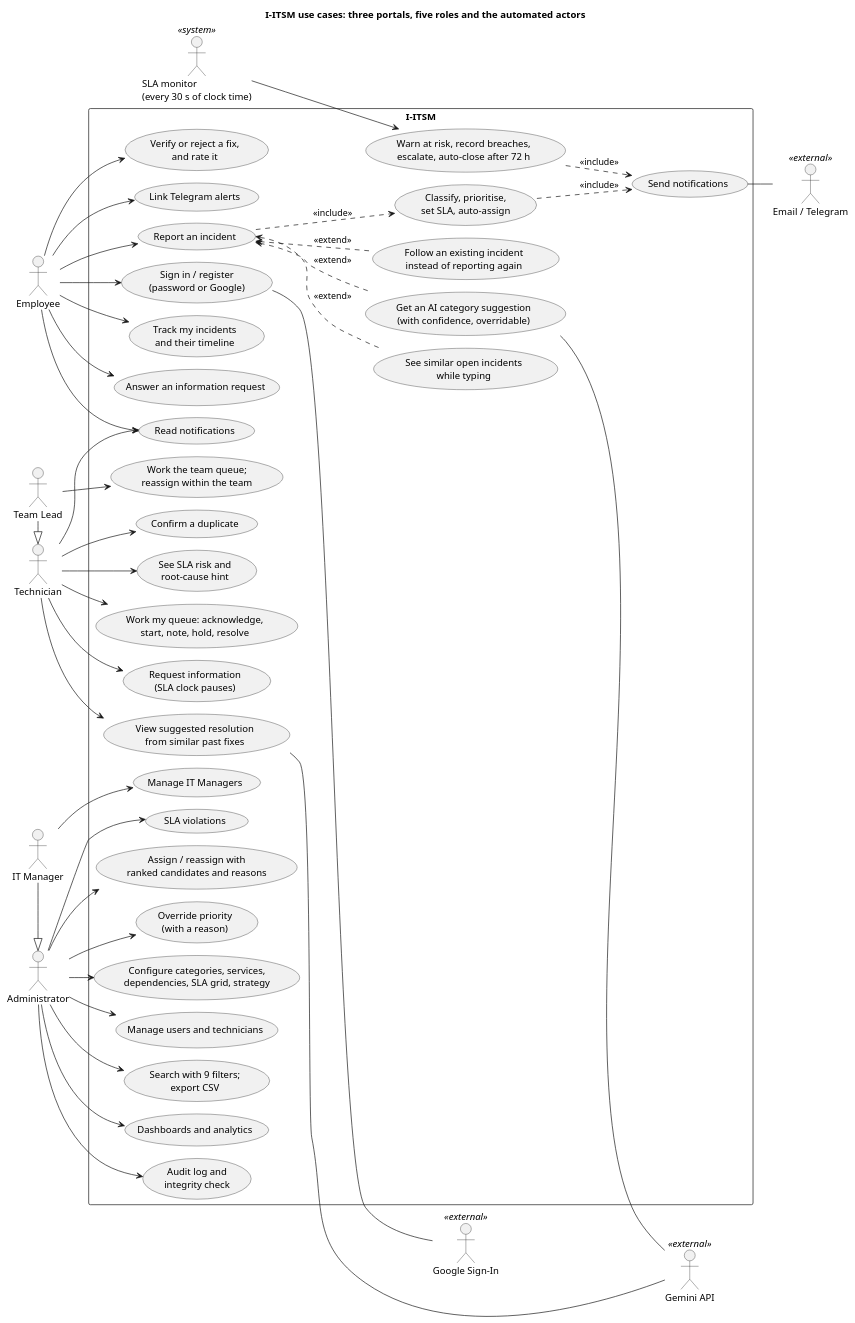
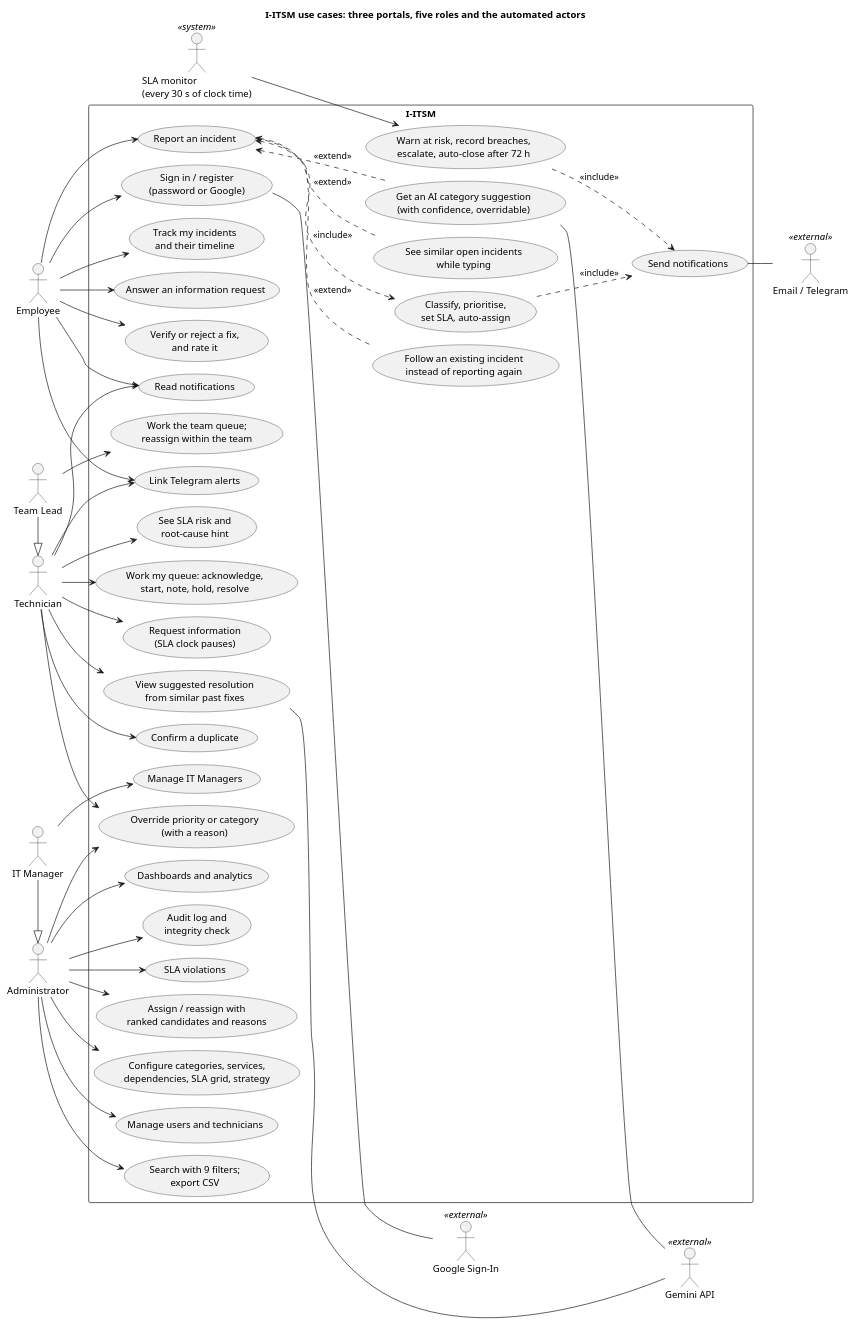
Before and after one commit to Siddhant944/i-itsm: the diagram in docs/diagrams/usecase.puml, drawn with PlantUML. The commit also changed 33 other files, not shown here.

```diff
--- a/docs/diagrams/usecase.puml
+++ b/docs/diagrams/usecase.puml
@@ -1,93 +1,95 @@
 @startuml usecase
 !pragma layout smetana
 skinparam shadowing false
 skinparam defaultFontName Helvetica
 skinparam packageStyle rectangle
 left to right direction
 title I-ITSM use cases: three portals, five roles and the automated actors
 
 actor Employee as EMP
 actor Technician as TECH
 actor "Team Lead" as LEAD
 actor Administrator as ADM
 actor "IT Manager" as MGR
 actor "SLA monitor\n(every 30 s of clock time)" as MON <<system>>
 actor "Gemini API" as GEM <<external>>
 actor "Email / Telegram" as MSG <<external>>
 actor "Google Sign-In" as GOO <<external>>
 
 LEAD -|> TECH
 MGR -|> ADM
 
 rectangle "I-ITSM" {
   usecase "Sign in / register\n(password or Google)" as UC_AUTH
   usecase "Report an incident" as UC_REPORT
   usecase "See similar open incidents\nwhile typing" as UC_SIMILAR
   usecase "Get an AI category suggestion\n(with confidence, overridable)" as UC_CLASSIFY
   usecase "Follow an existing incident\ninstead of reporting again" as UC_FOLLOW
   usecase "Track my incidents\nand their timeline" as UC_TRACK
   usecase "Answer an information request" as UC_INFO
   usecase "Verify or reject a fix,\nand rate it" as UC_VERIFY
   usecase "Read notifications" as UC_NOTIFY
   usecase "Link Telegram alerts" as UC_TG
 
   usecase "Work my queue: acknowledge,\nstart, note, hold, resolve" as UC_WORK
   usecase "Request information\n(SLA clock pauses)" as UC_ASK
   usecase "View suggested resolution\nfrom similar past fixes" as UC_SUGGEST
   usecase "Confirm a duplicate" as UC_DUP
   usecase "See SLA risk and\nroot-cause hint" as UC_RISK
   usecase "Work the team queue;\nreassign within the team" as UC_TEAM
 
   usecase "Assign / reassign with\nranked candidates and reasons" as UC_ASSIGN
-  usecase "Override priority\n(with a reason)" as UC_PRIO
+  usecase "Override priority or category\n(with a reason)" as UC_PRIO
   usecase "Configure categories, services,\ndependencies, SLA grid, strategy" as UC_CONFIG
   usecase "Manage users and technicians" as UC_USERS
   usecase "Search with 9 filters;\nexport CSV" as UC_SEARCH
   usecase "Dashboards and analytics" as UC_DASH
   usecase "Audit log and\nintegrity check" as UC_AUDIT
   usecase "SLA violations" as UC_VIOL
   usecase "Manage IT Managers" as UC_MGRS
 
   usecase "Classify, prioritise,\nset SLA, auto-assign" as UC_AUTO
   usecase "Warn at risk, record breaches,\nescalate, auto-close after 72 h" as UC_SLA
   usecase "Send notifications" as UC_SEND
 }
 
 EMP --> UC_AUTH
 EMP --> UC_REPORT
 EMP --> UC_TRACK
 EMP --> UC_INFO
 EMP --> UC_VERIFY
 EMP --> UC_NOTIFY
 EMP --> UC_TG
 UC_REPORT <.. UC_SIMILAR : <<extend>>
 UC_REPORT <.. UC_CLASSIFY : <<extend>>
 UC_REPORT <.. UC_FOLLOW : <<extend>>
 UC_REPORT ..> UC_AUTO : <<include>>
 
 TECH --> UC_WORK
 TECH --> UC_ASK
 TECH --> UC_SUGGEST
 TECH --> UC_DUP
 TECH --> UC_RISK
 TECH --> UC_NOTIFY
+TECH --> UC_PRIO
+TECH --> UC_TG
 LEAD --> UC_TEAM
 
 ADM --> UC_ASSIGN
 ADM --> UC_PRIO
 ADM --> UC_CONFIG
 ADM --> UC_USERS
 ADM --> UC_SEARCH
 ADM --> UC_DASH
 ADM --> UC_AUDIT
 ADM --> UC_VIOL
 MGR --> UC_MGRS
 
 UC_AUTH -- GOO
 UC_CLASSIFY -- GEM
 UC_SUGGEST -- GEM
 MON --> UC_SLA
 UC_AUTO ..> UC_SEND : <<include>>
 UC_SLA ..> UC_SEND : <<include>>
 UC_SEND -- MSG
 @enduml
```
